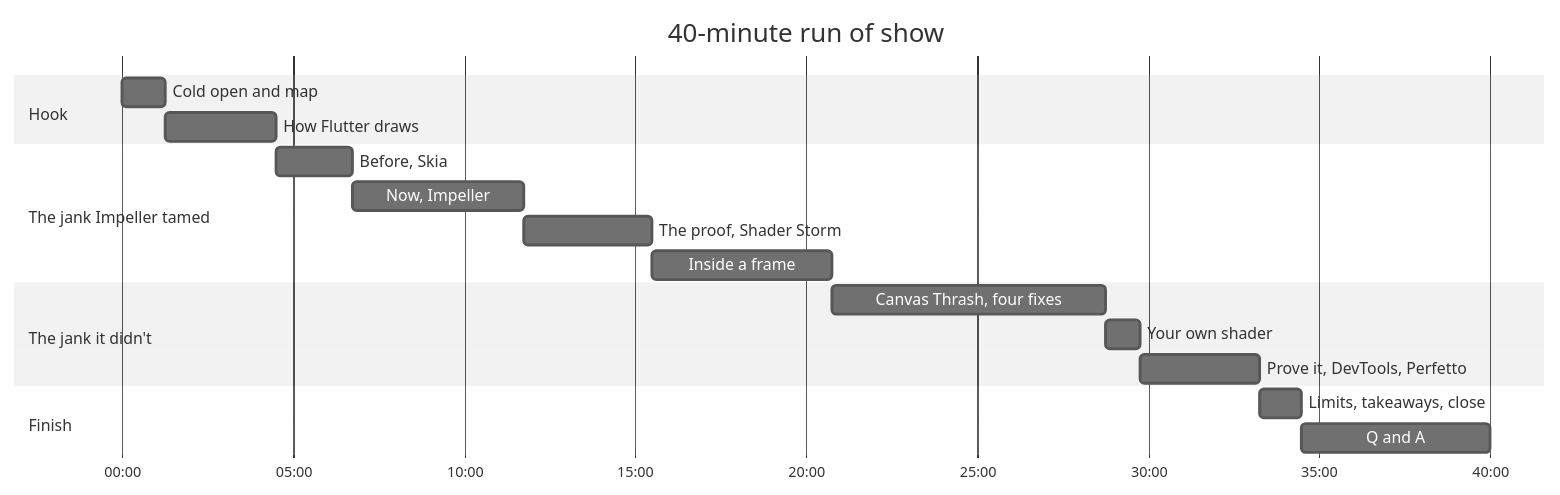
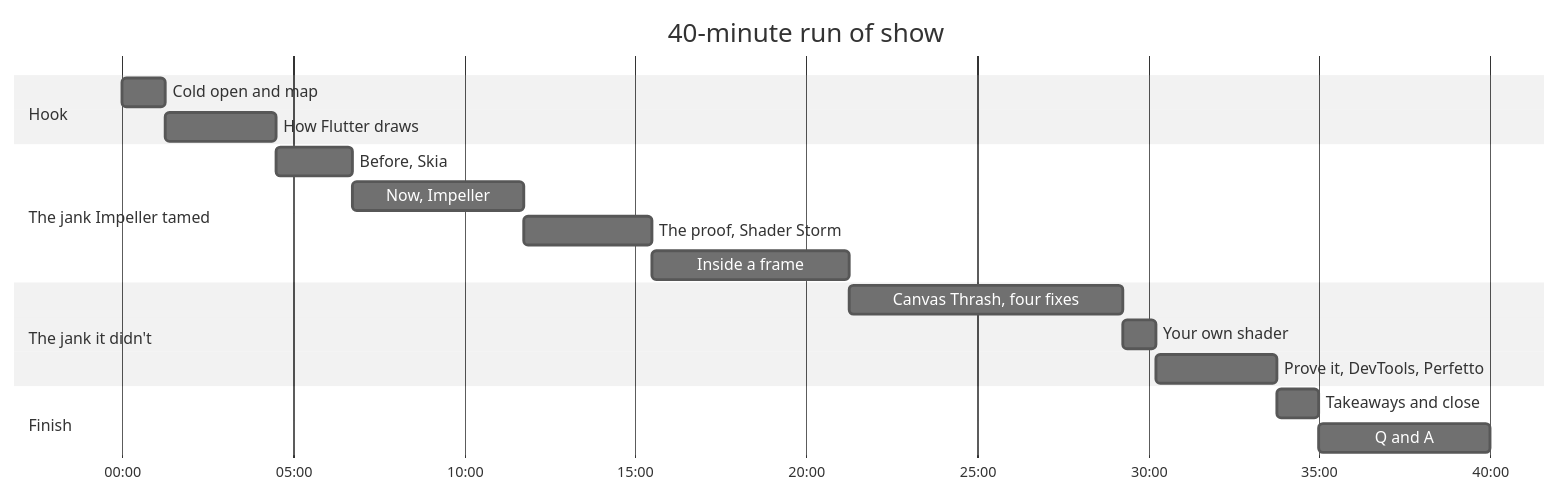
One commit to cm-collins/fluttercon-demo-app changed the second of 2 diagrams in docs/talk/talk-outline.md. Above: the diagram before and after it, drawn with Mermaid (neutral theme). The commit also changed other lines of this file and 23 other files, not shown here.

````diff
--- a/docs/talk/talk-outline.md
+++ b/docs/talk/talk-outline.md
@@ -51,21 +51,21 @@
 ```mermaid
 gantt
     title 40-minute run of show
     dateFormat mm:ss
     axisFormat %M:%S
     section Hook
     Cold open and map             :h1, 00:00, 75s
     How Flutter draws             :h2, after h1, 195s
     section The jank Impeller tamed
     Before, Skia                  :a1, after h2, 135s
     Now, Impeller                 :a2, after a1, 300s
     The proof, Shader Storm       :a3, after a2, 225s
-    Inside a frame                :a4, after a3, 315s
+    Inside a frame                :a4, after a3, 345s
     section The jank it didn't
     Canvas Thrash, four fixes     :b1, after a4, 480s
     Your own shader               :b2, after b1, 60s
     Prove it, DevTools, Perfetto  :b3, after b2, 210s
     section Finish
-    Limits, takeaways, close      :f1, after b3, 75s
-    Q and A                       :f2, after f1, 330s
+    Takeaways and close           :f1, after b3, 75s
+    Q and A                       :f2, after f1, 300s
 ```
````
